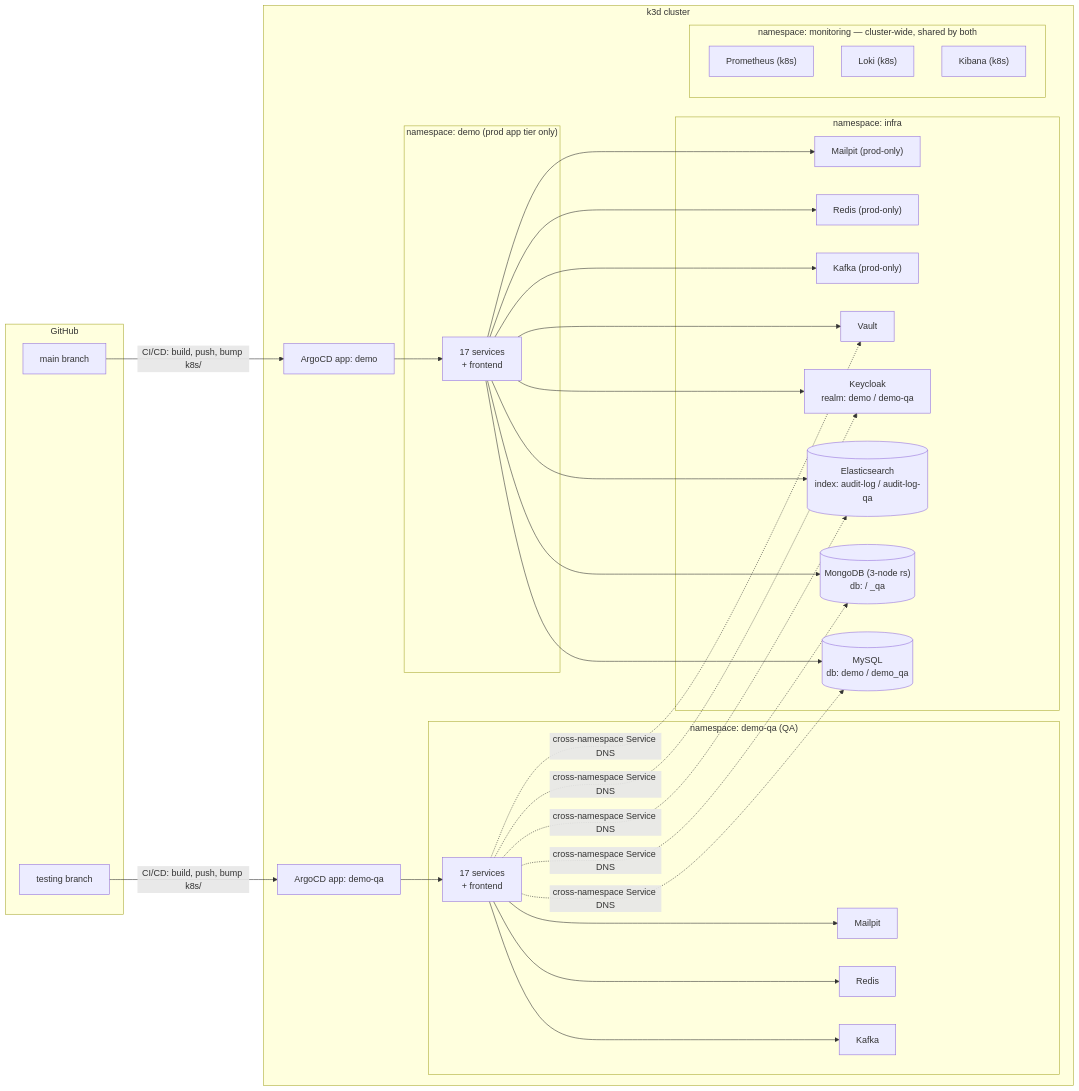
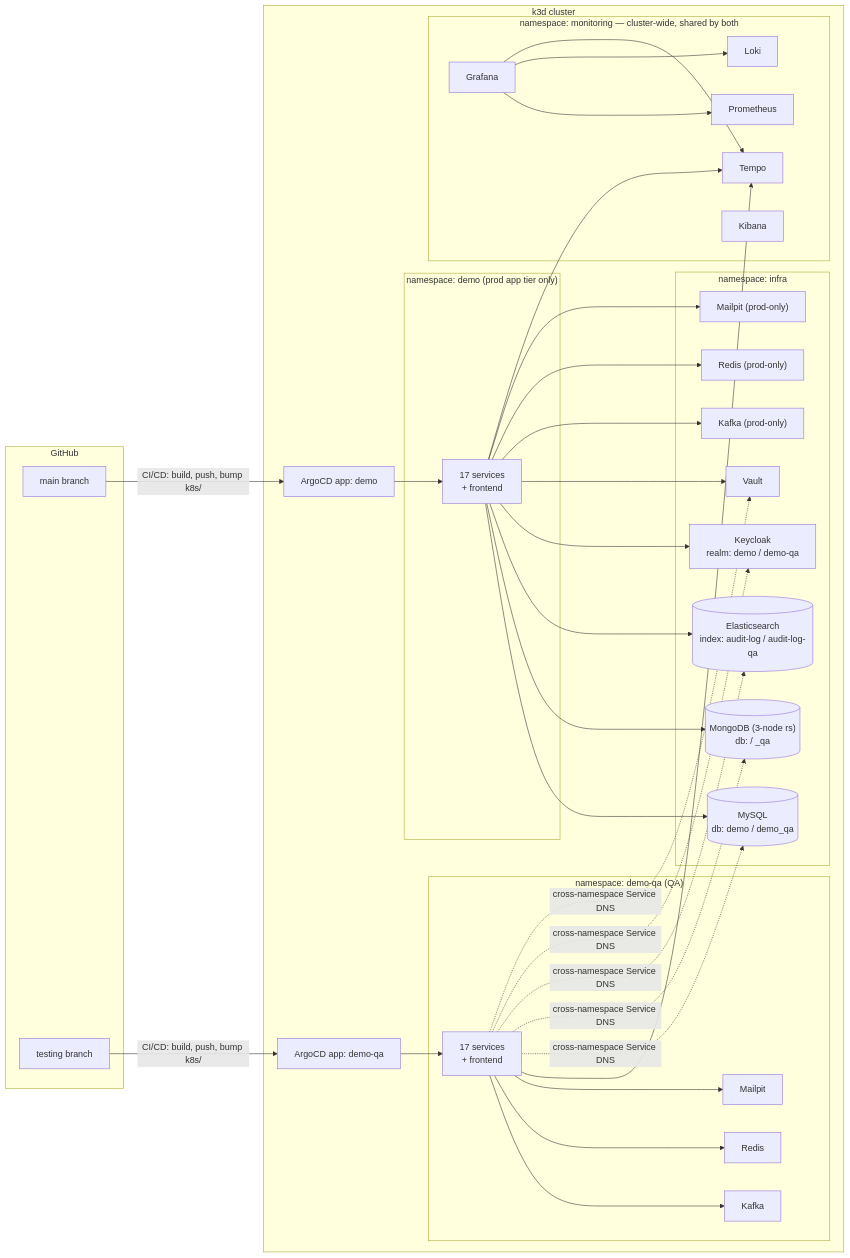
The diagram in README.md (wilbertjoosen/demo), drawn with Mermaid before and after one commit. The commit also changed other lines of this file and 14 other files, not shown here.

````diff
--- a/README.md
+++ b/README.md
@@ -388,45 +388,48 @@
 ```mermaid
 flowchart LR
     subgraph GIT["GitHub"]
         MAIN["main branch"]
         TEST["testing branch"]
     end
 
     subgraph K8S["k3d cluster"]
         subgraph DEMO["namespace: demo (prod app tier only)"]
             APPS_PROD["17 services\n+ frontend"]
         end
         subgraph DEMOQA["namespace: demo-qa (QA)"]
             APPS_QA["17 services\n+ frontend"]
             KAFKA_QA["Kafka"]
             REDIS_QA["Redis"]
             MAILPIT_QA["Mailpit"]
         end
         subgraph INFRA["namespace: infra"]
             MYSQL[("MySQL\ndb: demo / demo_qa")]
             MONGO[("MongoDB (3-node rs)\ndb: <svc> / <svc>_qa")]
             ES[("Elasticsearch\nindex: audit-log / audit-log-qa")]
             KC["Keycloak\nrealm: demo / demo-qa"]
             VAULT["Vault"]
             KAFKA_PROD["Kafka (prod-only)"]
             REDIS_PROD["Redis (prod-only)"]
             MAILPIT_PROD["Mailpit (prod-only)"]
         end
         subgraph MON["namespace: monitoring — cluster-wide, shared by both"]
-            PROM_K8S["Prometheus (k8s)"]
-            LOKI_K8S["Loki (k8s)"]
-            KIBANA_K8S["Kibana (k8s)"]
+            PROM_K8S["Prometheus"]
+            LOKI_K8S["Loki"]
+            TEMPO_K8S["Tempo"]
+            GRAFANA["Grafana"]
+            KIBANA_K8S["Kibana"]
         end
         ARGO_PROD["ArgoCD app: demo"]
         ARGO_QA["ArgoCD app: demo-qa"]
     end
 
     MAIN -- "CI/CD: build, push, bump k8s/" --> ARGO_PROD
     TEST -- "CI/CD: build, push, bump k8s/" --> ARGO_QA
     ARGO_PROD --> APPS_PROD
     ARGO_QA --> APPS_QA
 
-    APPS_PROD --> MYSQL & MONGO & ES & KC & VAULT & KAFKA_PROD & REDIS_PROD & MAILPIT_PROD
-    APPS_QA --> KAFKA_QA & REDIS_QA & MAILPIT_QA
+    APPS_PROD --> MYSQL & MONGO & ES & KC & VAULT & KAFKA_PROD & REDIS_PROD & MAILPIT_PROD & TEMPO_K8S
+    APPS_QA --> KAFKA_QA & REDIS_QA & MAILPIT_QA & TEMPO_K8S
     APPS_QA -. "cross-namespace Service DNS" .-> MYSQL & MONGO & ES & KC & VAULT
+    GRAFANA --> PROM_K8S & LOKI_K8S & TEMPO_K8S
 ```
````
